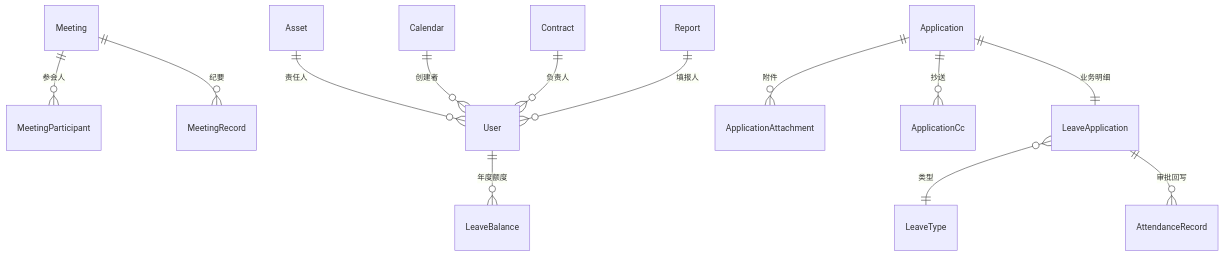
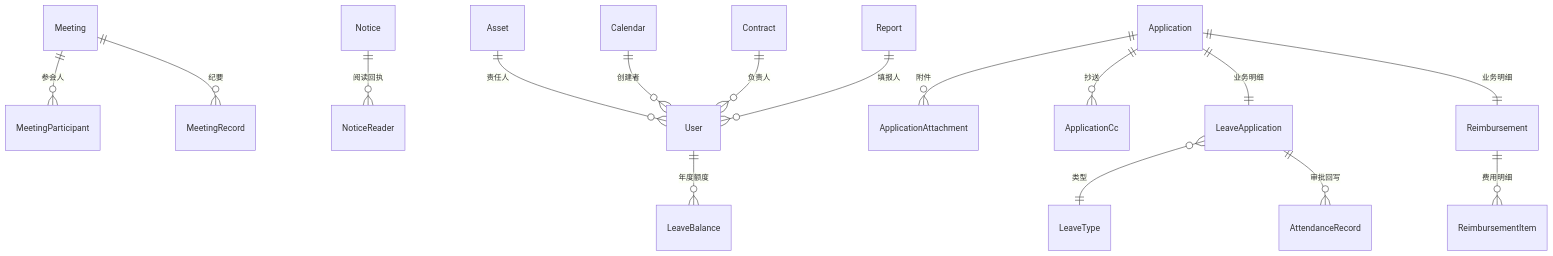
The third of 5 diagrams in docs/30-数据模型/10-ER图.md (yangxj96/spectra-docs), drawn with Mermaid before and after one commit. The commit also changed other lines of this file and 15 other files, not shown here.

````diff
--- a/docs/30-数据模型/10-ER图.md
+++ b/docs/30-数据模型/10-ER图.md
@@ -38,15 +38,18 @@
 ```mermaid
 erDiagram
     Meeting ||--o{ MeetingParticipant : "参会人"
     Meeting ||--o{ MeetingRecord : "纪要"
+    Notice ||--o{ NoticeReader : "阅读回执"
     Asset ||--o{ User : "责任人"
     Calendar ||--o{ User : "创建者"
     Contract ||--o{ User : "负责人"
     Report ||--o{ User : "填报人"
     Application ||--o{ ApplicationAttachment : "附件"
     Application ||--o{ ApplicationCc : "抄送"
     Application ||--|| LeaveApplication : "业务明细"
     LeaveApplication }o--|| LeaveType : "类型"
     LeaveApplication ||--o{ AttendanceRecord : "审批回写"
     User ||--o{ LeaveBalance : "年度额度"
+    Application ||--|| Reimbursement : "业务明细"
+    Reimbursement ||--o{ ReimbursementItem : "费用明细"
 ```
````
